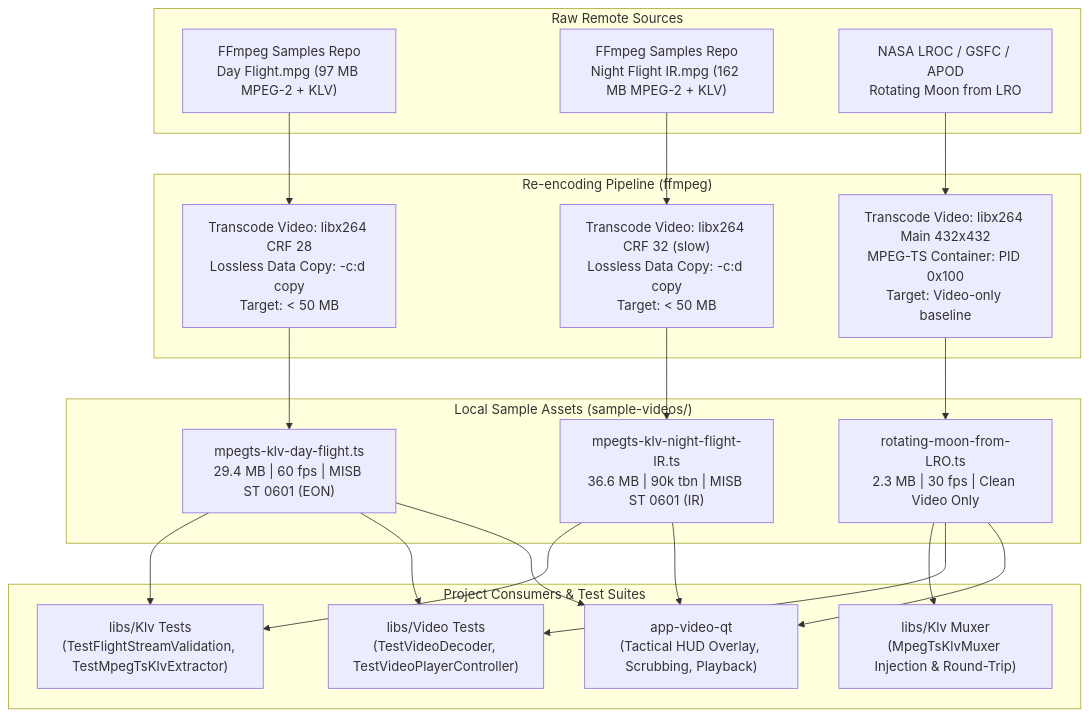
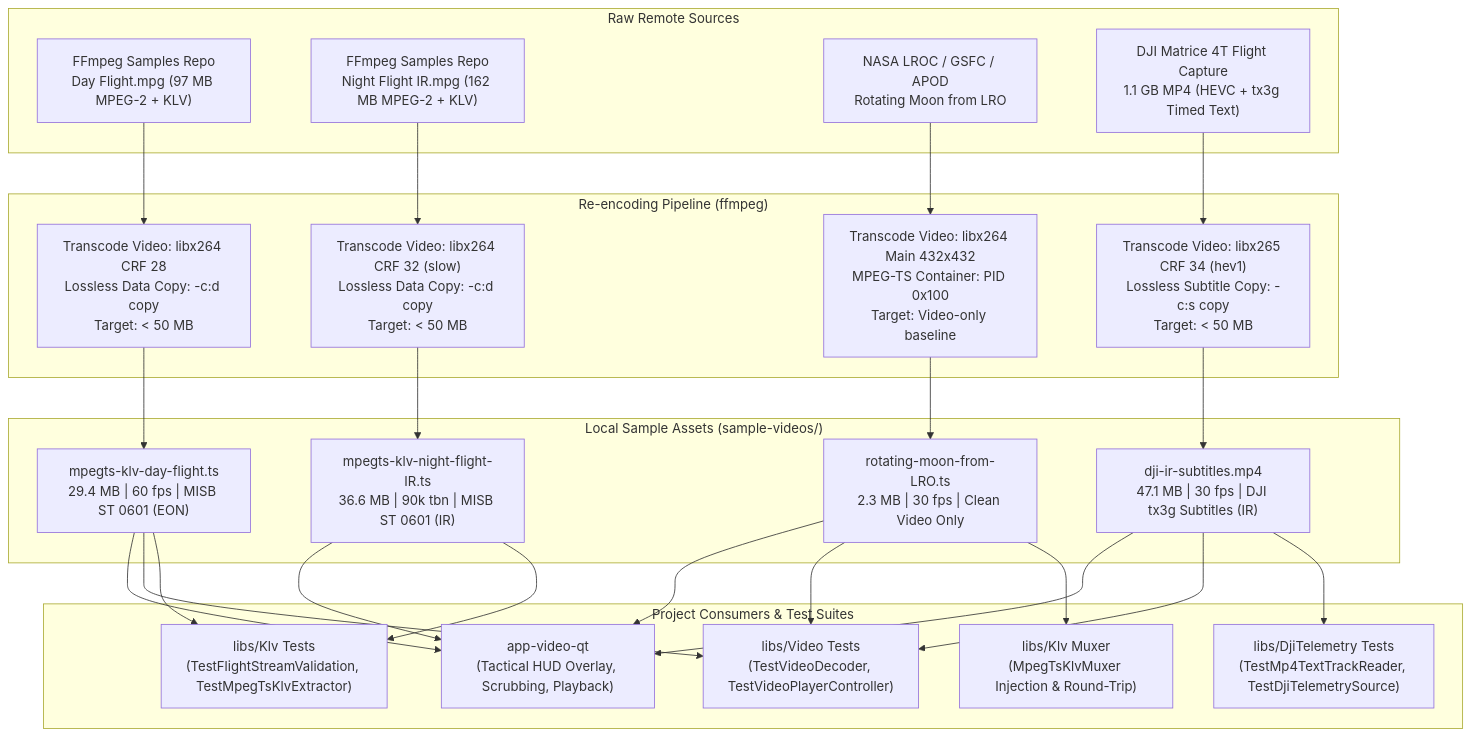
Before and after one commit to svagionitis/PelcoD-Controller: the diagram in sample-videos/README.md, drawn with Mermaid. The commit also changed other lines of this file and 24 other files, not shown here.

First line of the commit message:
feat(dji): add MP4 subtitle telemetry decoding

````diff
--- a/sample-videos/README.md
+++ b/sample-videos/README.md
@@ -61,42 +69,51 @@
 ```mermaid
 graph TD
     subgraph Sources["Raw Remote Sources"]
         SRC_DAY["FFmpeg Samples Repo<br/>Day Flight.mpg (97 MB MPEG-2 + KLV)"]
         SRC_NIGHT["FFmpeg Samples Repo<br/>Night Flight IR.mpg (162 MB MPEG-2 + KLV)"]
         SRC_MOON["NASA LROC / GSFC / APOD<br/>Rotating Moon from LRO"]
+        SRC_DJI["DJI Matrice 4T Flight Capture<br/>1.1 GB MP4 (HEVC + tx3g Timed Text)"]
     end
 
     subgraph Transcode["Re-encoding Pipeline (ffmpeg)"]
         ENC_DAY["Transcode Video: libx264 CRF 28<br/>Lossless Data Copy: -c:d copy<br/>Target: < 50 MB"]
         ENC_NIGHT["Transcode Video: libx264 CRF 32 (slow)<br/>Lossless Data Copy: -c:d copy<br/>Target: < 50 MB"]
         ENC_MOON["Transcode Video: libx264 Main 432x432<br/>MPEG-TS Container: PID 0x100<br/>Target: Video-only baseline"]
+        ENC_DJI["Transcode Video: libx265 CRF 34 (hev1)<br/>Lossless Subtitle Copy: -c:s copy<br/>Target: < 50 MB"]
     end
 
     subgraph Assets["Local Sample Assets (sample-videos/)"]
         TS_DAY["mpegts-klv-day-flight.ts<br/>29.4 MB | 60 fps | MISB ST 0601 (EON)"]
         TS_NIGHT["mpegts-klv-night-flight-IR.ts<br/>36.6 MB | 90k tbn | MISB ST 0601 (IR)"]
         TS_MOON["rotating-moon-from-LRO.ts<br/>2.3 MB | 30 fps | Clean Video Only"]
+        MP4_DJI["dji-ir-subtitles.mp4<br/>47.1 MB | 30 fps | DJI tx3g Subtitles (IR)"]
     end
 
     subgraph Consumers["Project Consumers & Test Suites"]
         TEST_KLV["libs/Klv Tests<br/>(TestFlightStreamValidation, TestMpegTsKlvExtractor)"]
         TEST_MUX["libs/Klv Muxer<br/>(MpegTsKlvMuxer Injection & Round-Trip)"]
         TEST_VID["libs/Video Tests<br/>(TestVideoDecoder, TestVideoPlayerController)"]
+        TEST_DJI["libs/DjiTelemetry Tests<br/>(TestMp4TextTrackReader, TestDjiTelemetrySource)"]
         APP_QT["app-video-qt<br/>(Tactical HUD Overlay, Scrubbing, Playback)"]
     end
 
     SRC_DAY --> ENC_DAY --> TS_DAY
     SRC_NIGHT --> ENC_NIGHT --> TS_NIGHT
     SRC_MOON --> ENC_MOON --> TS_MOON
+    SRC_DJI --> ENC_DJI --> MP4_DJI
 
     TS_DAY --> TEST_KLV
     TS_DAY --> TEST_VID
     TS_DAY --> APP_QT
 
     TS_NIGHT --> TEST_KLV
     TS_NIGHT --> APP_QT
 
     TS_MOON --> TEST_MUX
     TS_MOON --> TEST_VID
     TS_MOON --> APP_QT
+
+    MP4_DJI --> TEST_DJI
+    MP4_DJI --> TEST_VID
+    MP4_DJI --> APP_QT
 ```
````
